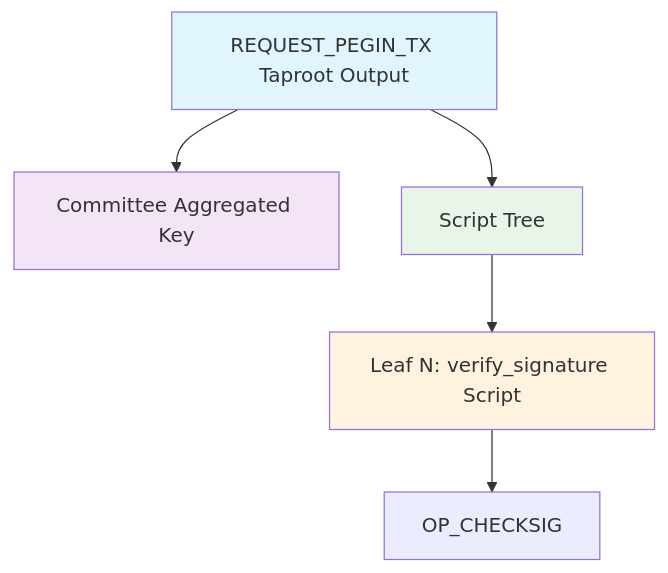
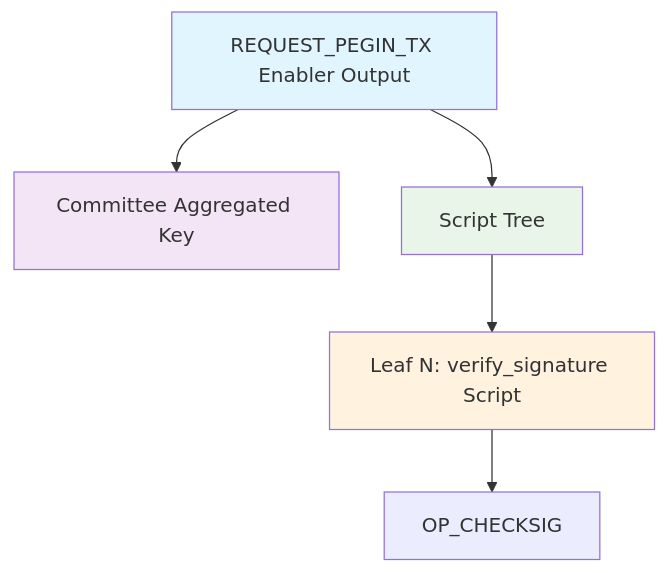
Before and after one commit to rsksmart/union-bridge-contracts: diagram 12 of 21 in bitcoin-transactions.md, drawn with Mermaid. The commit also changed other lines of this file, not shown here.

````diff
--- a/bitcoin-transactions.md
+++ b/bitcoin-transactions.md
@@ -412,13 +527,13 @@
     ```mermaid
     graph TD
-        A[REQUEST_PEGIN_TX Taproot Output] --> B[Committee Aggregated Key]
+        A[REQUEST_PEGIN_TX Enabler Output] --> B[Committee Aggregated Key]
         A --> C[Script Tree]
         C --> D[Leaf N: verify_signature Script]
         
         D --> E["<dispute_xonly_pubkey> OP_CHECKSIG"]
         
         style A fill:#e1f5fe
         style B fill:#f3e5f5
         style C fill:#e8f5e8
         style D fill:#fff3e0
     ```
````
